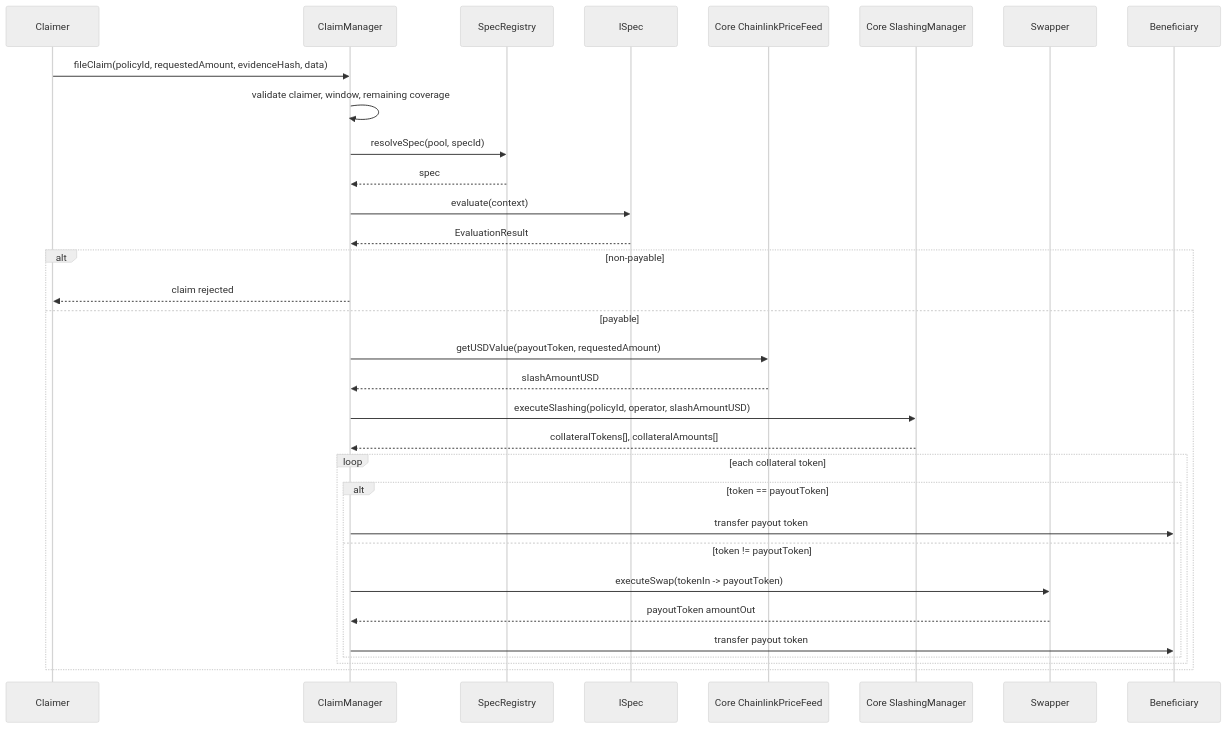
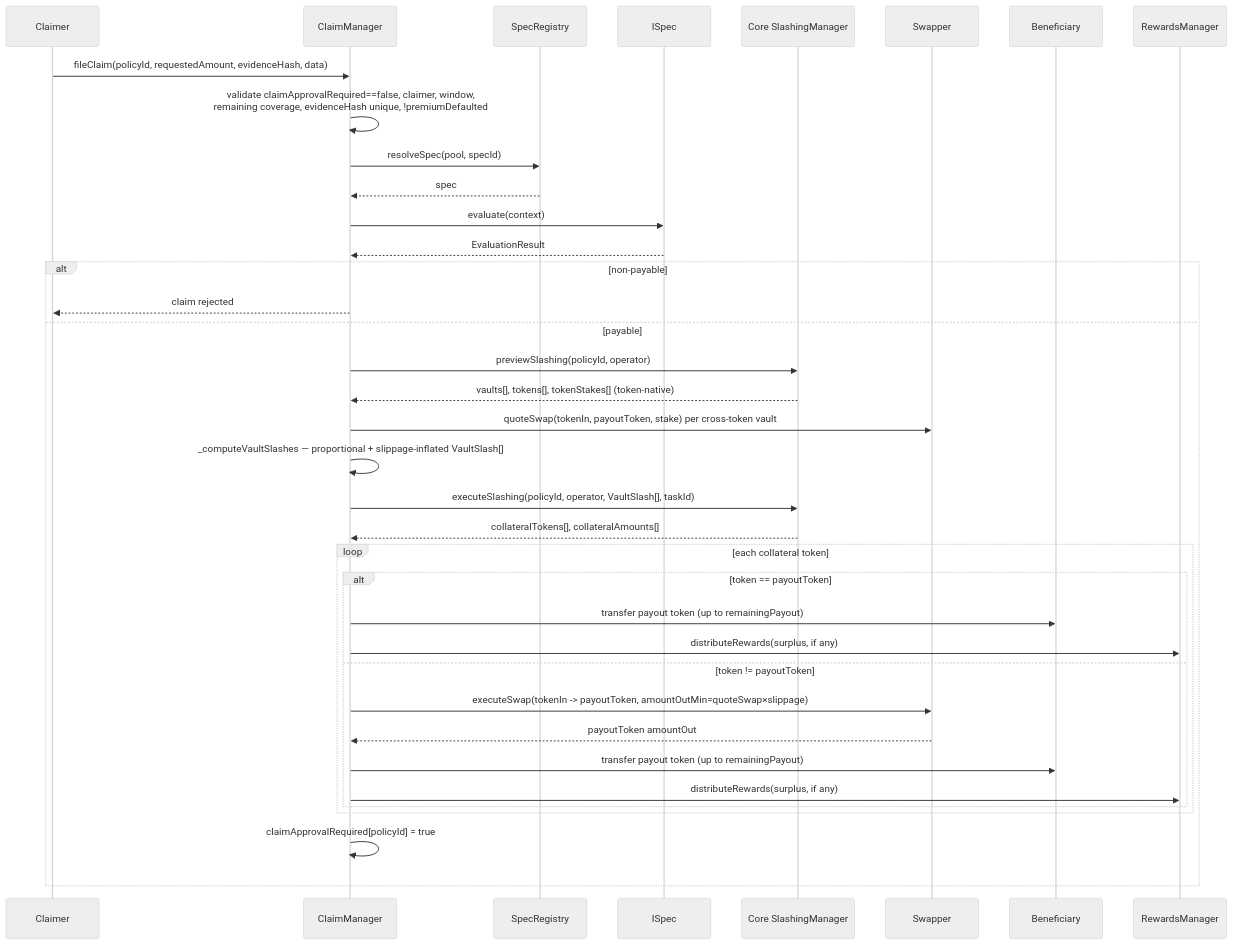
The third of 5 diagrams in docs/architecture/06-premiums-claims.md (0xcatalysis/coverage), drawn with Mermaid (neutral theme) before and after one commit. The commit also changed other lines of this file and 22 other files, not shown here.

First line of the commit message:
Align testing flows (#78)

````diff
--- a/docs/architecture/06-premiums-claims.md
+++ b/docs/architecture/06-premiums-claims.md
@@ -110,36 +110,41 @@
 ```mermaid
 sequenceDiagram
     participant Claimer
     participant CM as ClaimManager
     participant SR as SpecRegistry
     participant Spec as ISpec
-    participant PF as Core ChainlinkPriceFeed
     participant SLM as Core SlashingManager
     participant SW as Swapper
     participant Beneficiary
+    participant RM as RewardsManager
 
     Claimer->>CM: fileClaim(policyId, requestedAmount, evidenceHash, data)
-    CM->>CM: validate claimer, window, remaining coverage
+    CM->>CM: validate claimApprovalRequired==false, claimer, window,<br/>remaining coverage, evidenceHash unique, !premiumDefaulted
     CM->>SR: resolveSpec(pool, specId)
     SR-->>CM: spec
     CM->>Spec: evaluate(context)
     Spec-->>CM: EvaluationResult
 
     alt non-payable
         CM-->>Claimer: claim rejected
     else payable
-        CM->>PF: getUSDValue(payoutToken, requestedAmount)
-        PF-->>CM: slashAmountUSD
-        CM->>SLM: executeSlashing(policyId, operator, slashAmountUSD)
+        CM->>SLM: previewSlashing(policyId, operator)
+        SLM-->>CM: vaults[], tokens[], tokenStakes[] (token-native)
+        CM->>SW: quoteSwap(tokenIn, payoutToken, stake) per cross-token vault
+        CM->>CM: _computeVaultSlashes — proportional + slippage-inflated VaultSlash[]
+        CM->>SLM: executeSlashing(policyId, operator, VaultSlash[], taskId)
         SLM-->>CM: collateralTokens[], collateralAmounts[]
         loop each collateral token
             alt token == payoutToken
-                CM->>Beneficiary: transfer payout token
+                CM->>Beneficiary: transfer payout token (up to remainingPayout)
+                CM->>RM: distributeRewards(surplus, if any)
             else token != payoutToken
-                CM->>SW: executeSwap(tokenIn -> payoutToken)
+                CM->>SW: executeSwap(tokenIn -> payoutToken, amountOutMin=quoteSwap×slippage)
                 SW-->>CM: payoutToken amountOut
-                CM->>Beneficiary: transfer payout token
+                CM->>Beneficiary: transfer payout token (up to remainingPayout)
+                CM->>RM: distributeRewards(surplus, if any)
             end
         end
+        CM->>CM: claimApprovalRequired[policyId] = true
     end
 ```
````
